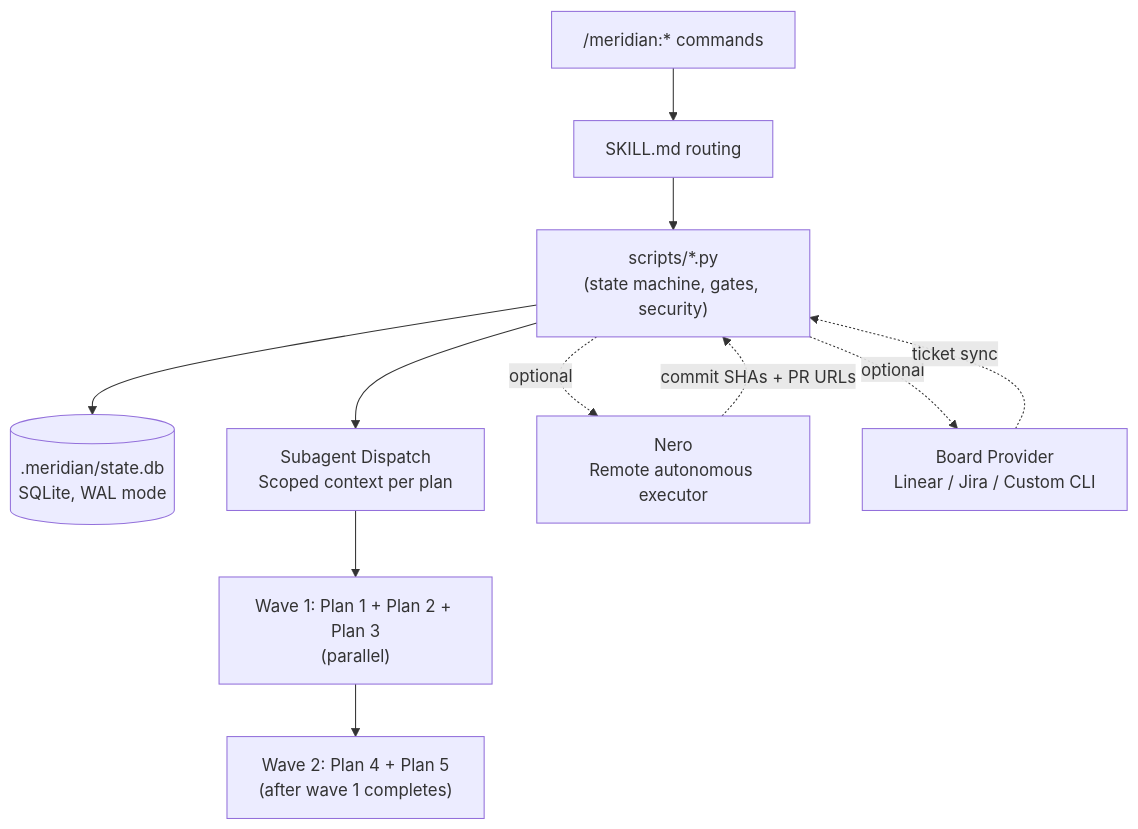
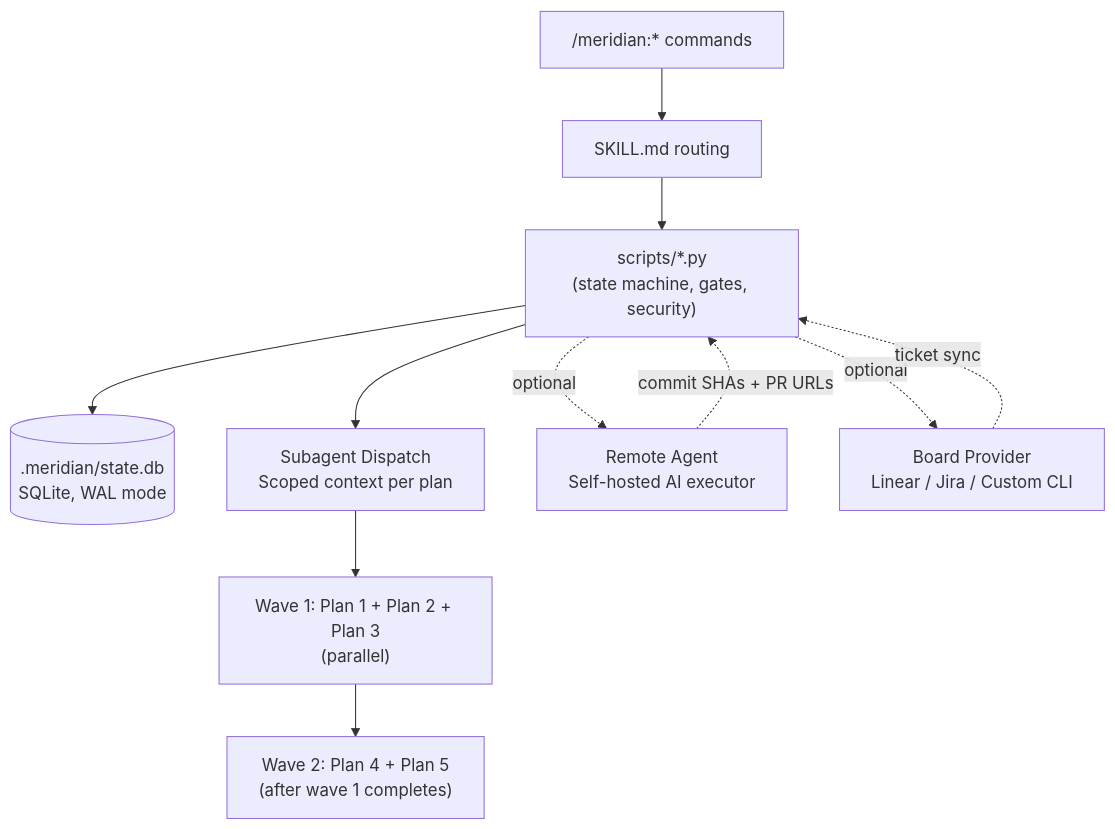
One commit to mattjaikaran/meridian changed the first of 4 diagrams in README.md. Above: the diagram before and after it, drawn with Mermaid. The commit also changed other lines of this file and 17 other files, not shown here.

First line of the commit message:
refactor: genericize nero references to remote agent dispatch

````diff
--- a/README.md
+++ b/README.md
@@ -97,16 +97,17 @@
 ```mermaid
 graph TB
     User["/meridian:* commands"] --> Skills["SKILL.md routing"]
     Skills --> Scripts["scripts/*.py<br/>(state machine, gates, security)"]
     Scripts --> DB[(".meridian/state.db<br/>SQLite, WAL mode")]
     Scripts --> Agents["Subagent Dispatch<br/>Scoped context per plan"]
 
     Agents --> W1["Wave 1: Plan 1 + Plan 2 + Plan 3<br/>(parallel)"]
     W1 --> W2["Wave 2: Plan 4 + Plan 5<br/>(after wave 1 completes)"]
 
-    Scripts -.->|"optional"| Nero["Nero<br/>Remote autonomous executor"]
+    Scripts -.->|"optional"| Nero["Remote Agent<br/>Self-hosted AI executor"]
     Scripts -.->|"optional"| Board["Board Provider<br/>Linear / Jira / Custom CLI"]
 
     Nero -.->|"commit SHAs + PR URLs"| Scripts
+
     Board -.->|"ticket sync"| Scripts
 ```
````
